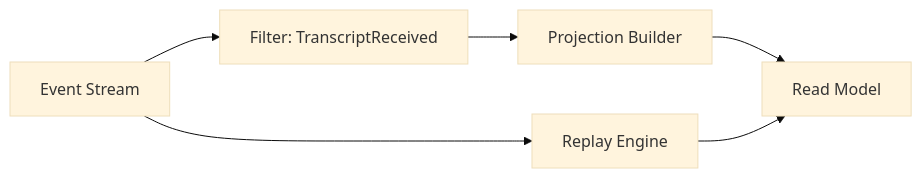
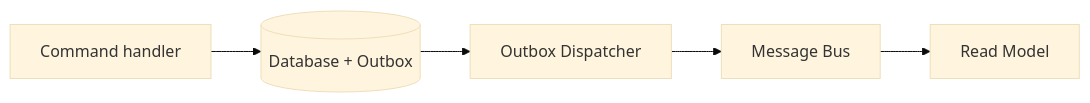
Before and after one commit to MatthijsRademaker/dignitas-event-driven-design: the third of 4 diagrams in presentation/slides.md, drawn with Mermaid (base theme). The commit also changed other lines of this file, not shown here.

Commit message:
Revise presentation flow for CQRS demo

````diff
--- a/presentation/slides.md
+++ b/presentation/slides.md
@@ -380,8 +176,13 @@
 ```mermaid
 flowchart LR
-    Stream[Event Stream] --> Filter[Filter: TranscriptReceived]
-    Filter --> Project[Projection Builder]
-    Project --> Read[Read Model]
-    Stream --> Replay[Replay Engine]
-    Replay --> Read
+    API[Command handler]
+    DB[(Database + Outbox)]
+    D[Outbox Dispatcher]
+    Bus[Message Bus]
+    Proj[Read Model]
+
+    API --> DB
+    DB --> D
+    D --> Bus
+    Bus --> Proj
 ```
````
